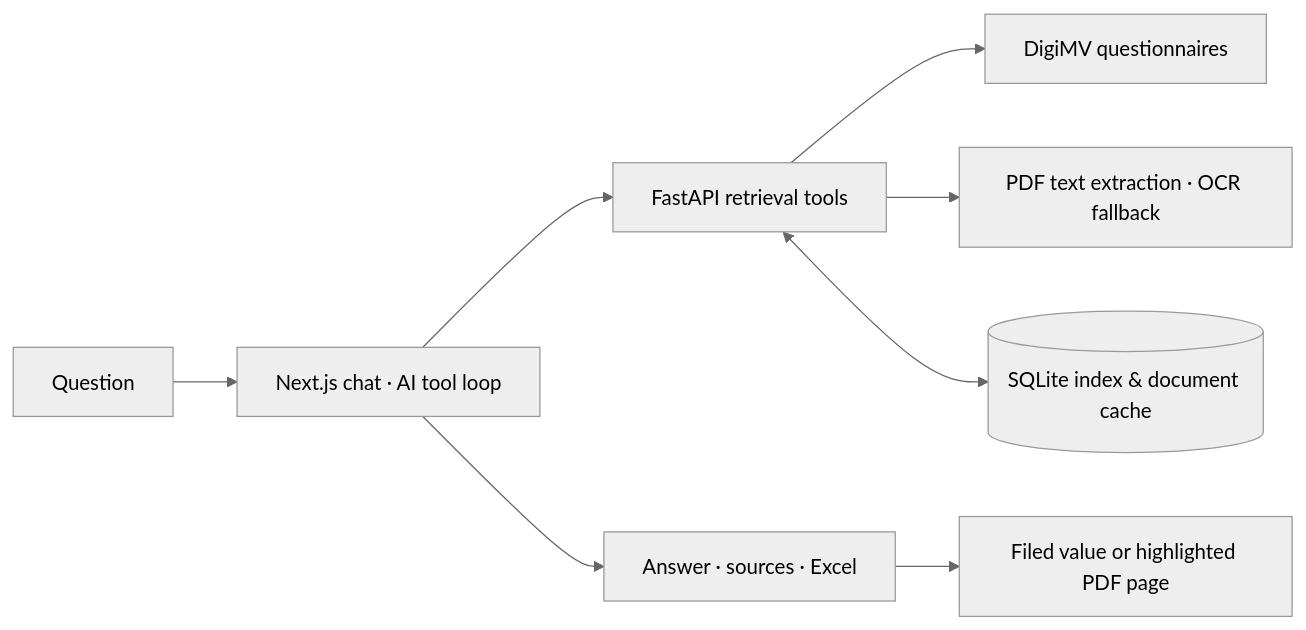
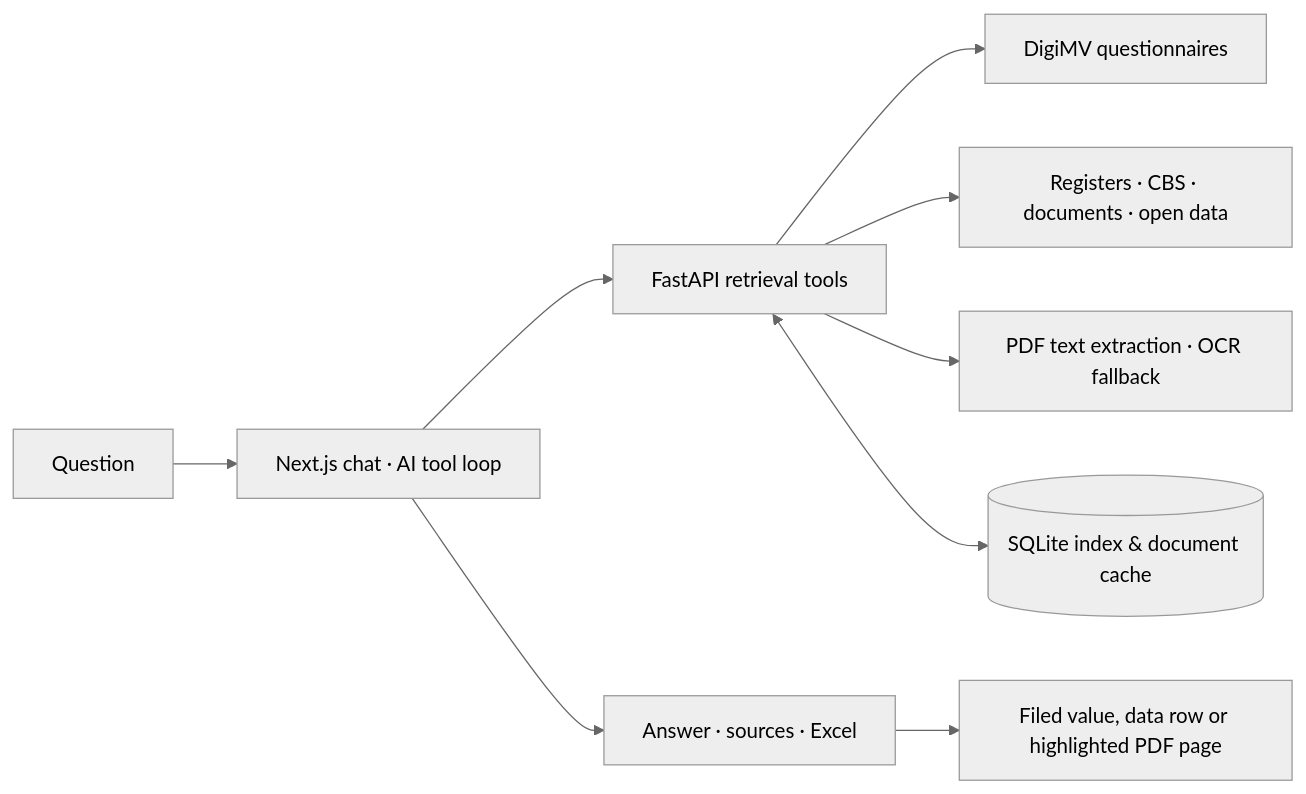
The diagram in README.md (FrisoWiegersma/jaarverantwoording-zorg), drawn with Mermaid (neutral theme) before and after one commit. The commit also changed other lines of this file and 5 other files, not shown here.

````diff
--- a/README.md
+++ b/README.md
@@ -45,10 +61,11 @@
 ```mermaid
 flowchart LR
     U[Question] --> C[Next.js chat · AI tool loop]
     C --> R[FastAPI retrieval tools]
     R --> Q[DigiMV questionnaires]
+    R --> S[Registers · CBS · documents · open data]
     R --> P[PDF text extraction · OCR fallback]
     R <--> D[(SQLite index & document cache)]
     C --> A[Answer · sources · Excel]
-    A --> E[Filed value or highlighted PDF page]
+    A --> E[Filed value, data row or highlighted PDF page]
 ```
````
